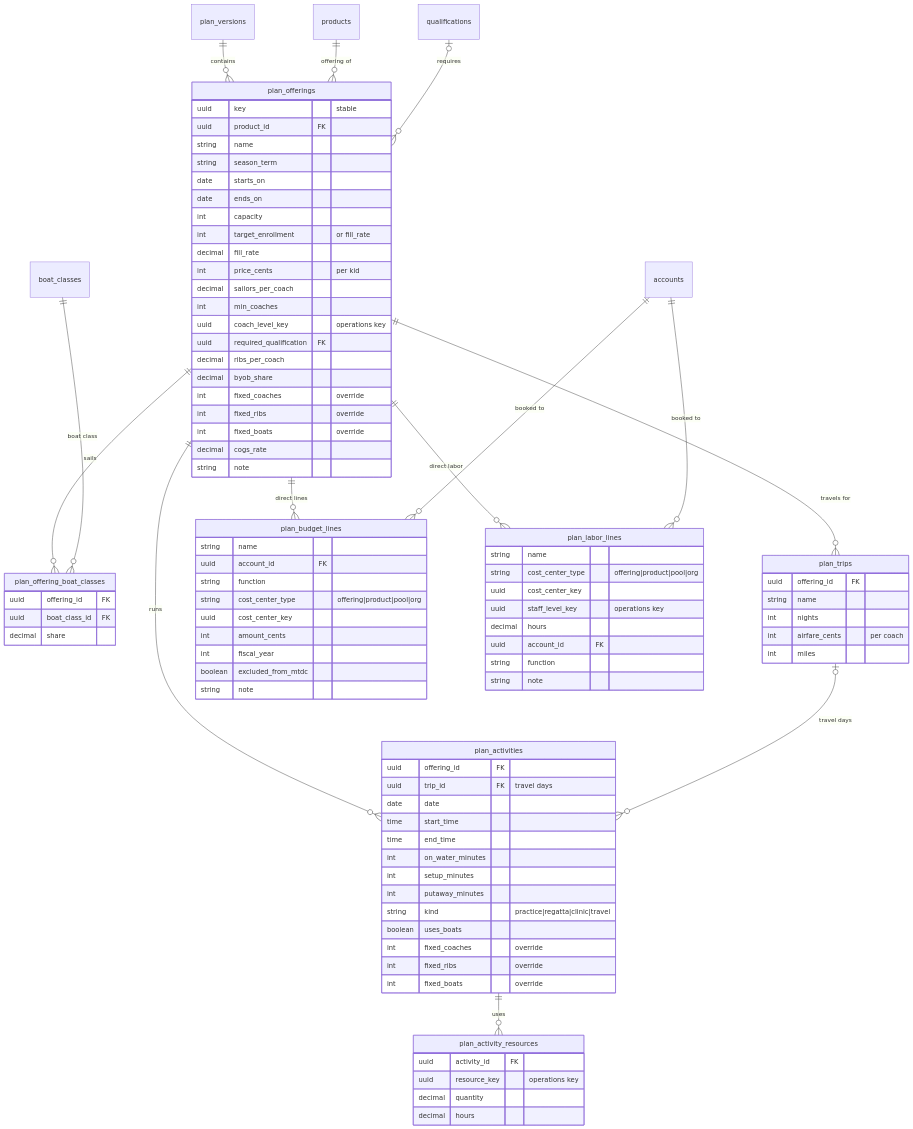
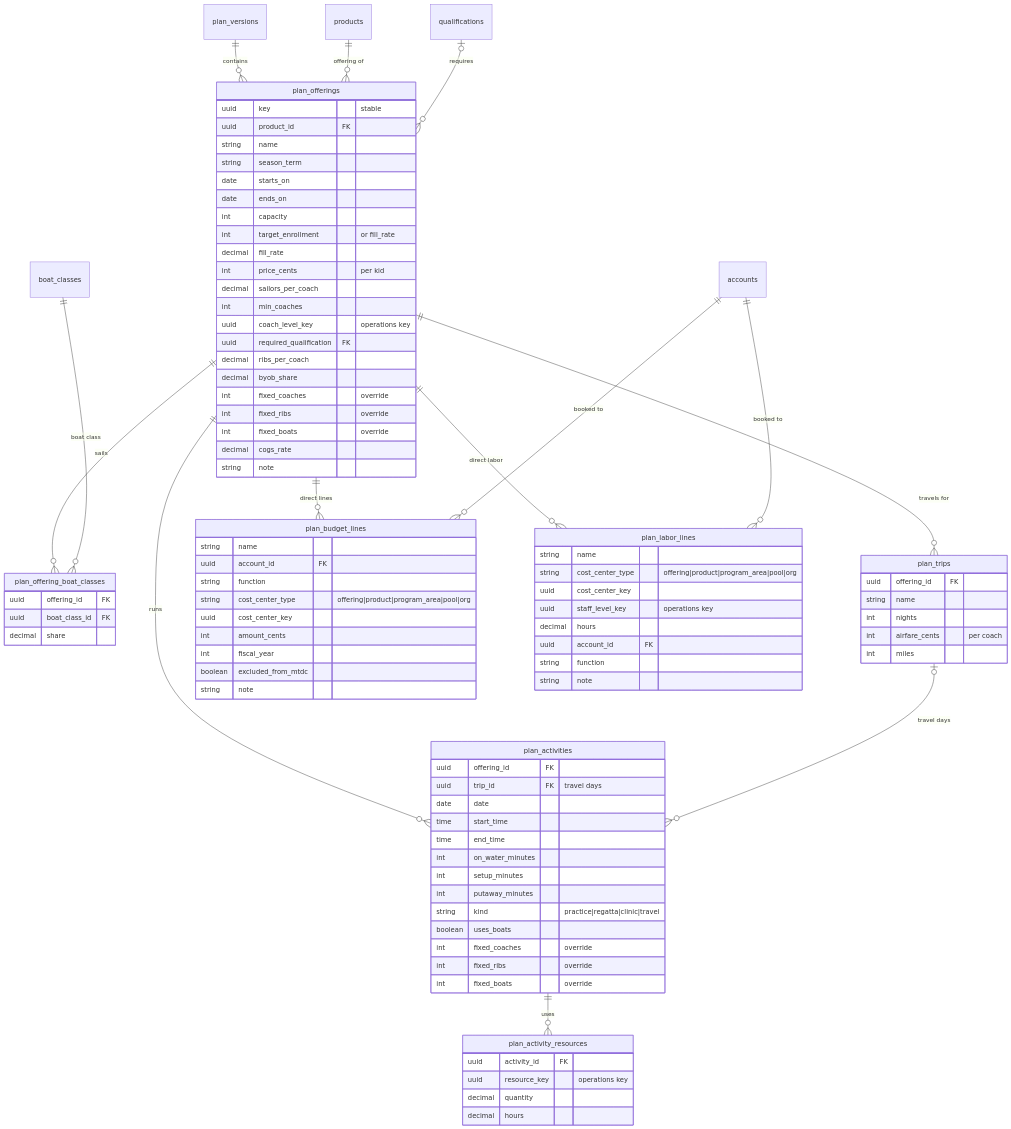
One commit to cyc-seattle/platform changed the third of 5 diagrams in docs/planning-schema.md. Above: the diagram before and after it, drawn with Mermaid. The commit also changed other lines of this file and 46 other files, not shown here.

```diff
--- a/docs/planning-schema.md
+++ b/docs/planning-schema.md
@@ -275,7 +301,7 @@
     }
     plan_labor_lines {
         string name
-        string cost_center_type "offering|product|pool|org"
+        string cost_center_type "offering|product|program_area|pool|org"
         uuid cost_center_key
         uuid staff_level_key "operations key"
         decimal hours
@@ -287,7 +313,7 @@
         string name
         uuid account_id FK
         string function
-        string cost_center_type "offering|product|pool|org"
+        string cost_center_type "offering|product|program_area|pool|org"
         uuid cost_center_key
         int amount_cents
         int fiscal_year
```
